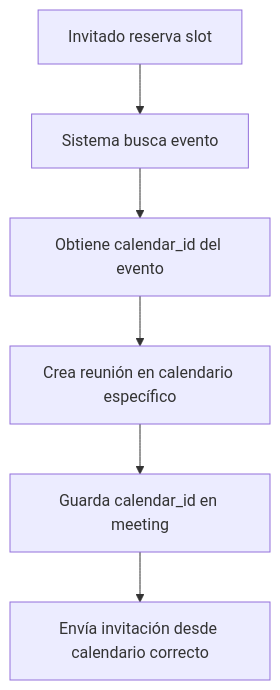
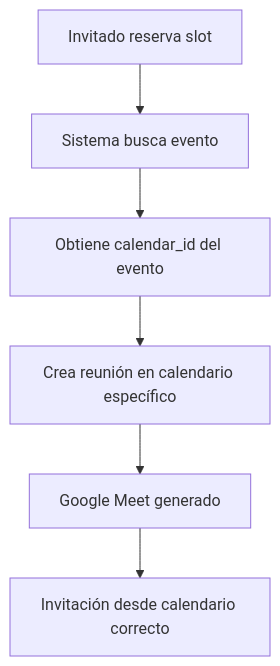
The second of 3 diagrams in README.md (gbandala/cal-backend-v2), drawn with Mermaid before and after one commit. The commit also changed other lines of this file and 1 other file, not shown here.

````diff
--- a/README.md
+++ b/README.md
@@ -250,8 +218,8 @@
 ```mermaid
 graph TD
     A[Invitado reserva slot] --> B[Sistema busca evento]
     B --> C[Obtiene calendar_id del evento]
     C --> D[Crea reunión en calendario específico]
-    D --> E[Guarda calendar_id en meeting]
-    E --> F[Envía invitación desde calendario correcto]
+    D --> E[Google Meet generado]
+    E --> F[Invitación desde calendario correcto]
 ```
````
